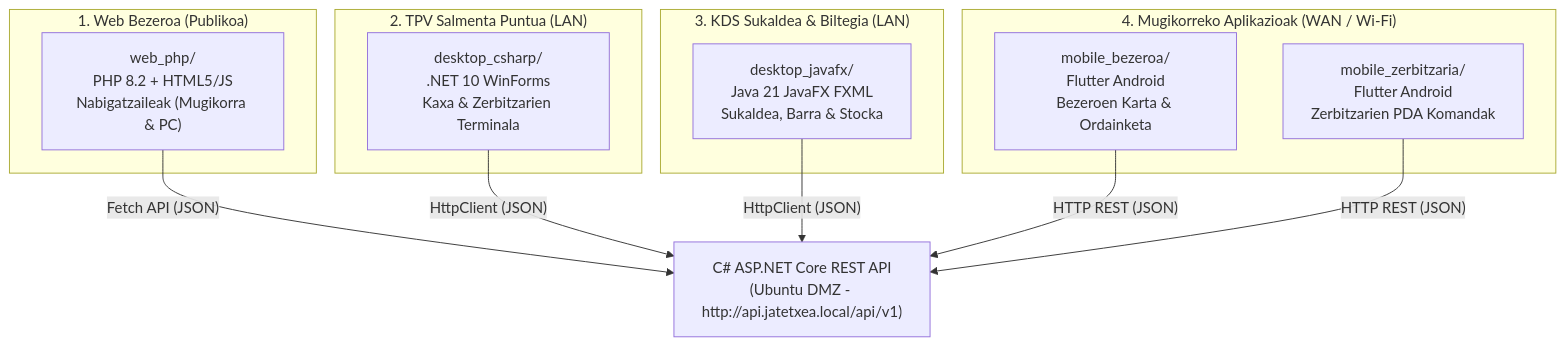
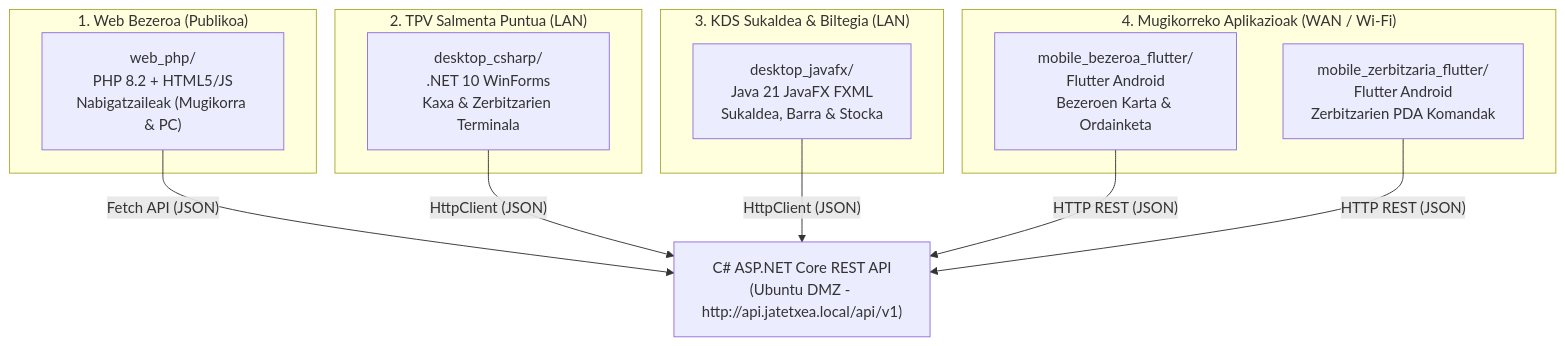
One commit to AnderUrienGoierri/1T_Jatetxea_erronka_agents changed the diagram in 02_azpiegitura_birtuala/erronka_egitura/doc/05_bezero_aplikazioak_eta_plataformak.md. Above: the diagram before and after it, drawn with Mermaid. The commit also changed other lines of this file and 6 other files, not shown here.

````diff
--- a/02_azpiegitura_birtuala/erronka_egitura/doc/05_bezero_aplikazioak_eta_plataformak.md
+++ b/02_azpiegitura_birtuala/erronka_egitura/doc/05_bezero_aplikazioak_eta_plataformak.md
@@ -10,27 +12,27 @@
 ```mermaid
 graph TD
     API["C# ASP.NET Core REST API<br/>(Ubuntu DMZ - http://api.jatetxea.local/api/v1)"]
 
     subgraph KANPOA_ETA_WEB["1. Web Bezeroa (Publikoa)"]
         WEB["web_php/<br/>PHP 8.2 + HTML5/JS<br/>Nabigatzaileak (Mugikorra & PC)"]
     end
 
     subgraph BARNE_LAN_WINDOWS["2. TPV Salmenta Puntua (LAN)"]
         TPV["desktop_csharp/<br/>.NET 10 WinForms<br/>Kaxa & Zerbitzarien Terminala"]
     end
 
     subgraph BARNE_LAN_SUKALDEA["3. KDS Sukaldea & Biltegia (LAN)"]
         KDS["desktop_javafx/<br/>Java 21 JavaFX FXML<br/>Sukaldea, Barra & Stocka"]
     end
 
     subgraph MOBILITATEA["4. Mugikorreko Aplikazioak (WAN / Wi-Fi)"]
-        MOB_BEZ["mobile_bezeroa/<br/>Flutter Android<br/>Bezeroen Karta & Ordainketa"]
-        MOB_ZER["mobile_zerbitzaria/<br/>Flutter Android<br/>Zerbitzarien PDA Komandak"]
+        MOB_BEZ["mobile_bezeroa_flutter/<br/>Flutter Android<br/>Bezeroen Karta & Ordainketa"]
+        MOB_ZER["mobile_zerbitzaria_flutter/<br/>Flutter Android<br/>Zerbitzarien PDA Komandak"]
     end
 
     WEB -->|"Fetch API (JSON)"| API
     TPV -->|"HttpClient (JSON)"| API
     KDS -->|"HttpClient (JSON)"| API
     MOB_BEZ -->|"HTTP REST (JSON)"| API
     MOB_ZER -->|"HTTP REST (JSON)"| API
 ```
````
